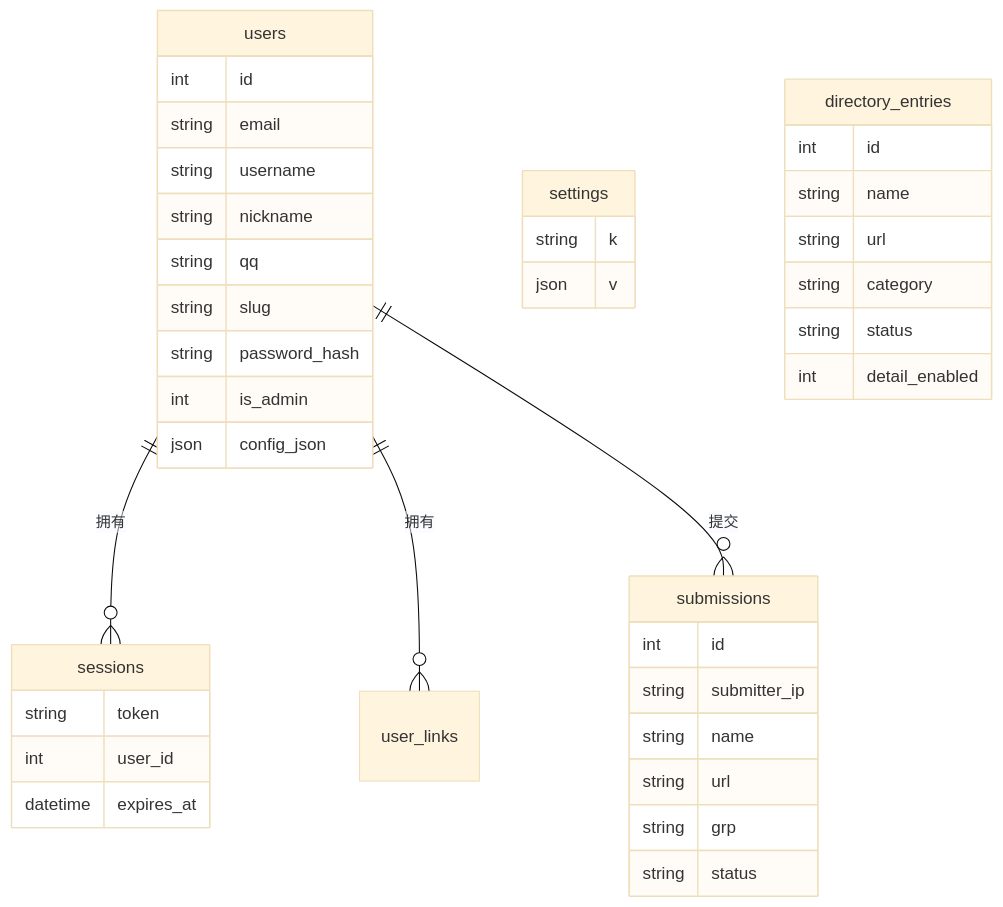
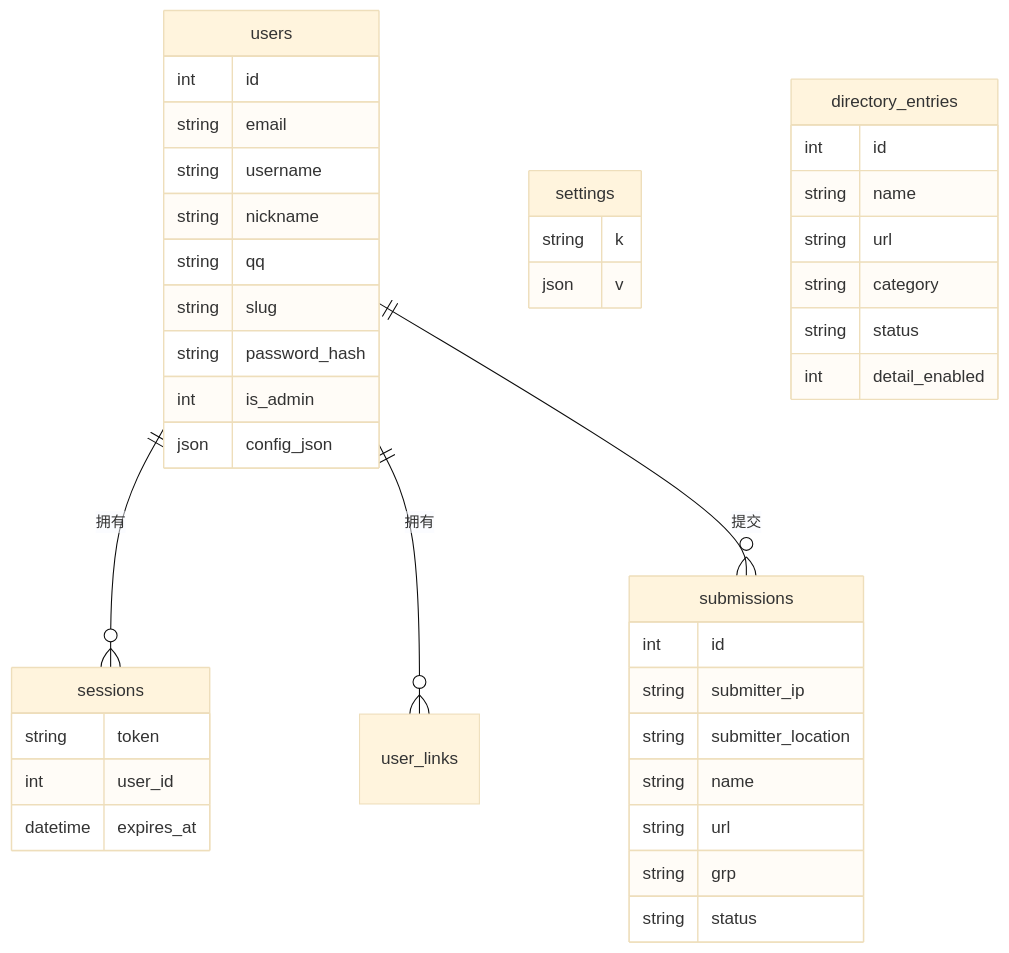
The second of 4 diagrams in docs/ARCHITECTURE.md (2819074731/2077), drawn with Mermaid (base theme) before and after one commit. The commit also changed 7 other files, not shown here.

````diff
--- a/docs/ARCHITECTURE.md
+++ b/docs/ARCHITECTURE.md
@@ -53,42 +53,43 @@
 ```mermaid
 erDiagram
     users ||--o{ sessions : "拥有"
     users ||--o{ user_links : "拥有"
     users ||--o{ submissions : "提交"
     settings {
         string k
         json v
     }
     users {
         int id
         string email
         string username
         string nickname
         string qq
         string slug
         string password_hash
         int is_admin
         json config_json
     }
     sessions {
         string token
         int user_id
         datetime expires_at
     }
     submissions {
         int id
         string submitter_ip
+        string submitter_location
         string name
         string url
         string grp
         string status
     }
     directory_entries {
         int id
         string name
         string url
         string category
         string status
         int detail_enabled
     }
 ```
````
